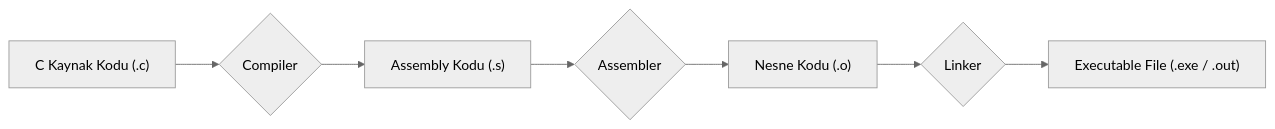
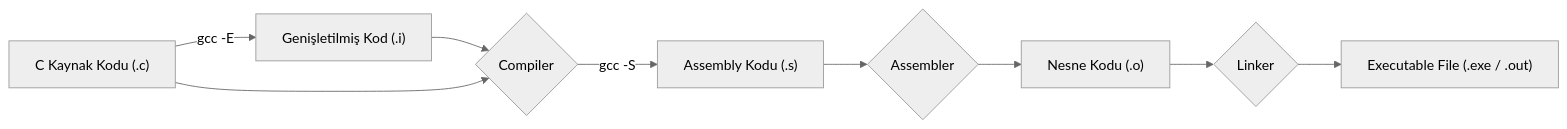
The first of 2 diagrams in system-programming/04-makine-kodu-temelleri.md (tozenbilek/tozenbilek.github.io), drawn with Mermaid (neutral theme) before and after one commit. The commit also changed other lines of this file, not shown here.

````diff
--- a/system-programming/04-makine-kodu-temelleri.md
+++ b/system-programming/04-makine-kodu-temelleri.md
@@ -23,9 +39,11 @@
 ```mermaid
 graph LR
-    A["C Kaynak Kodu (.c)"] --> B{Compiler};
-    B --> C["Assembly Kodu (.s)"];
+    A["C Kaynak Kodu (.c)"] -- "gcc -E" --> Preprocessed["Genişletilmiş Kod (.i)"];
+    Preprocessed --> B{Compiler};
+    A --> B{Compiler};
+    B -- "gcc -S" --> C["Assembly Kodu (.s)"];
     C --> D{Assembler};
     D --> E["Nesne Kodu (.o)"];
     E --> F{Linker};
     F --> G["Executable File (.exe / .out)"];
 ```
````
